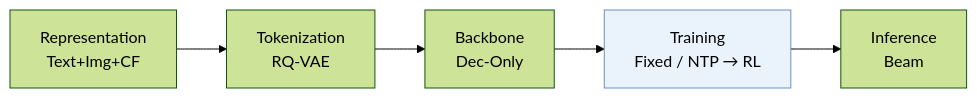
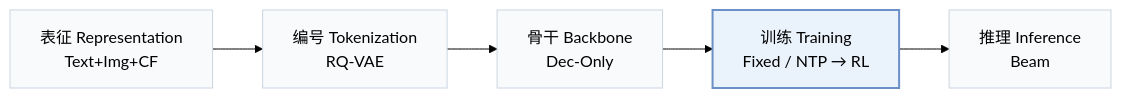
Before and after one commit to Galaxy-ghost/Awesome-SID-Generative-Rec: the first of 2 diagrams in pages/zh/papers/genrec-jd.md, drawn with Mermaid (forest theme). The commit also changed other lines of this file and 649 other files, not shown here.

Commit message:
writer-05: also tags and modality index (schema, check, build, visuals); summary field removed; calibration data for 12 papers

````diff
--- a/pages/zh/papers/genrec-jd.md
+++ b/pages/zh/papers/genrec-jd.md
@@ -13,6 +15,8 @@
 ```mermaid
 flowchart LR
-    R["Representation<br/>Text+Img+CF"] --> T["Tokenization<br/>RQ-VAE"] --> B["Backbone<br/>Dec-Only"] --> TR["Training<br/>Fixed / NTP → RL"] --> I["Inference<br/>Beam"]
-    classDef main fill:#eaf2fb,stroke:#6b8fc7
+    R["表征 Representation<br/>Text+Img+CF"] --> T["编号 Tokenization<br/>RQ-VAE"] --> B["骨干 Backbone<br/>Dec-Only"] --> TR["训练 Training<br/>Fixed / NTP → RL"] --> I["推理 Inference<br/>Beam"]
+    classDef base fill:#f8fafc,stroke:#cbd5e1
+    class R,T,B,TR,I base
+    classDef main fill:#eaf2fb,stroke:#6b8fc7,stroke-width:2px
     class TR main
 ```
````
